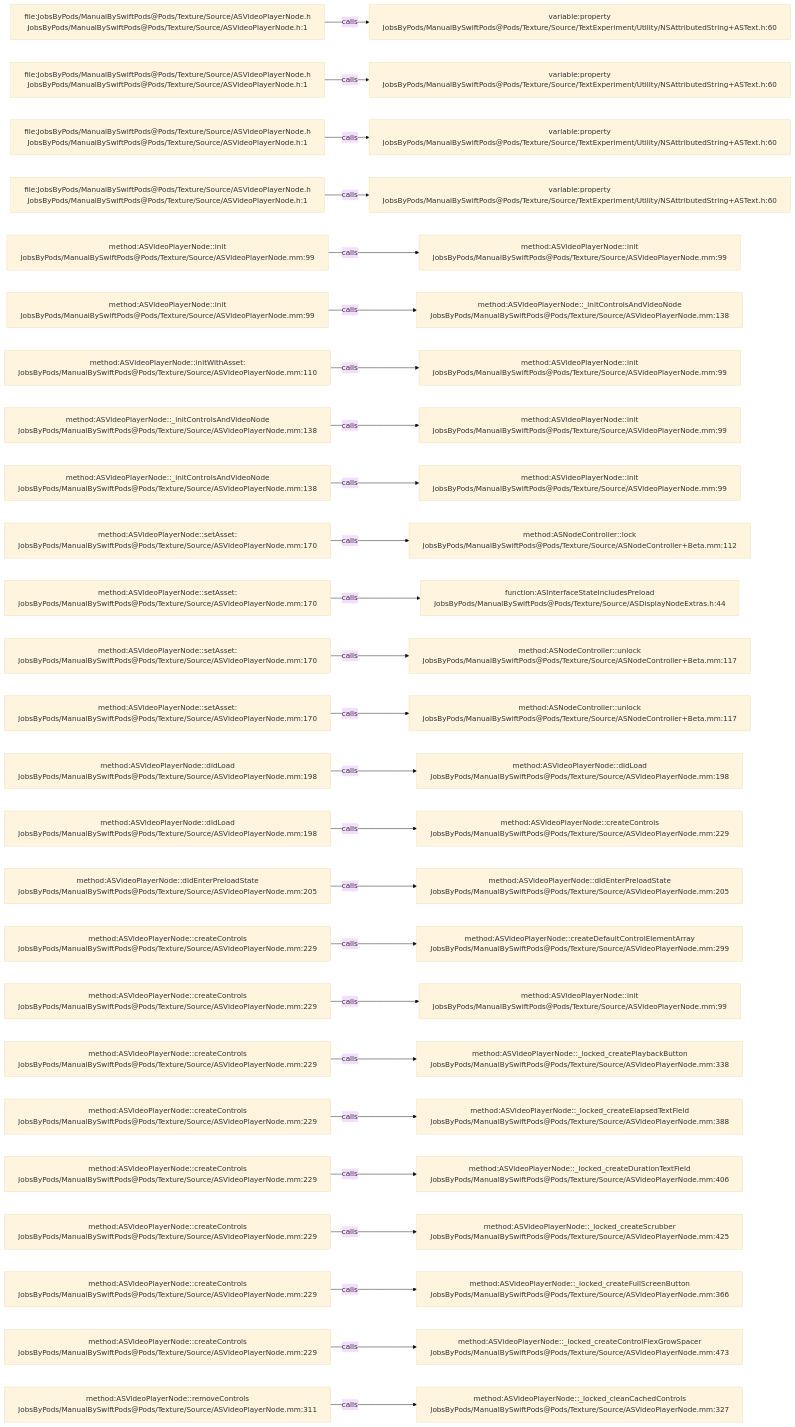
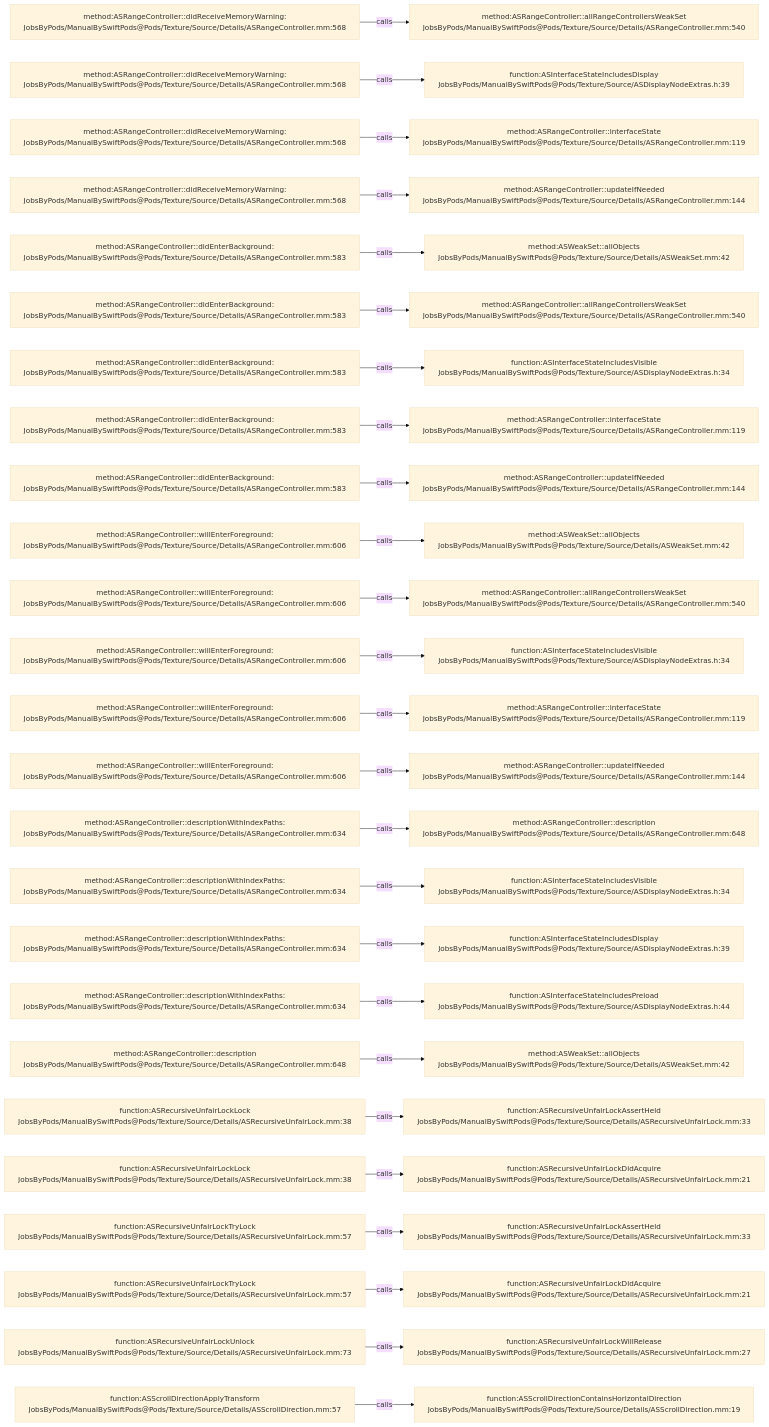
Before and after one commit to JobsKits/JobsSwiftBaseConfigDemo: the diagram in .codegraph/codegraph.md/graphs/calls-095.md, drawn with Mermaid (base theme). The commit also changed 832 other files, not shown here.

````diff
--- a/.codegraph/codegraph.md/graphs/calls-095.md
+++ b/.codegraph/codegraph.md/graphs/calls-095.md
@@ -13,78 +13,78 @@
 ```mermaid
 flowchart LR
-  S1["file:JobsByPods/ManualBySwiftPods@Pods/Texture/Source/ASVideoPlayerNode.h<br/>JobsByPods/ManualBySwiftPods@Pods/Texture/Source/ASVideoPlayerNode.h:1"]
-  T1["variable:property<br/>JobsByPods/ManualBySwiftPods@Pods/Texture/Source/TextExperiment/Utility/NSAttributedString+ASText.h:60"]
+  S1["method:ASRangeController::didReceiveMemoryWarning:<br/>JobsByPods/ManualBySwiftPods@Pods/Texture/Source/Details/ASRangeController.mm:568"]
+  T1["method:ASRangeController::allRangeControllersWeakSet<br/>JobsByPods/ManualBySwiftPods@Pods/Texture/Source/Details/ASRangeController.mm:540"]
   S1 -->|calls| T1
-  S2["file:JobsByPods/ManualBySwiftPods@Pods/Texture/Source/ASVideoPlayerNode.h<br/>JobsByPods/ManualBySwiftPods@Pods/Texture/Source/ASVideoPlayerNode.h:1"]
-  T2["variable:property<br/>JobsByPods/ManualBySwiftPods@Pods/Texture/Source/TextExperiment/Utility/NSAttributedString+ASText.h:60"]
+  S2["method:ASRangeController::didReceiveMemoryWarning:<br/>JobsByPods/ManualBySwiftPods@Pods/Texture/Source/Details/ASRangeController.mm:568"]
+  T2["function:ASInterfaceStateIncludesDisplay<br/>JobsByPods/ManualBySwiftPods@Pods/Texture/Source/ASDisplayNodeExtras.h:39"]
   S2 -->|calls| T2
-  S3["file:JobsByPods/ManualBySwiftPods@Pods/Texture/Source/ASVideoPlayerNode.h<br/>JobsByPods/ManualBySwiftPods@Pods/Texture/Source/ASVideoPlayerNode.h:1"]
-  T3["variable:property<br/>JobsByPods/ManualBySwiftPods@Pods/Texture/Source/TextExperiment/Utility/NSAttributedString+ASText.h:60"]
+  S3["method:ASRangeController::didReceiveMemoryWarning:<br/>JobsByPods/ManualBySwiftPods@Pods/Texture/Source/Details/ASRangeController.mm:568"]
+  T3["method:ASRangeController::interfaceState<br/>JobsByPods/ManualBySwiftPods@Pods/Texture/Source/Details/ASRangeController.mm:119"]
   S3 -->|calls| T3
-  S4["file:JobsByPods/ManualBySwiftPods@Pods/Texture/Source/ASVideoPlayerNode.h<br/>JobsByPods/ManualBySwiftPods@Pods/Texture/Source/ASVideoPlayerNode.h:1"]
-  T4["variable:property<br/>JobsByPods/ManualBySwiftPods@Pods/Texture/Source/TextExperiment/Utility/NSAttributedString+ASText.h:60"]
+  S4["method:ASRangeController::didReceiveMemoryWarning:<br/>JobsByPods/ManualBySwiftPods@Pods/Texture/Source/Details/ASRangeController.mm:568"]
+  T4["method:ASRangeController::updateIfNeeded<br/>JobsByPods/ManualBySwiftPods@Pods/Texture/Source/Details/ASRangeController.mm:144"]
   S4 -->|calls| T4
-  S5["method:ASVideoPlayerNode::init<br/>JobsByPods/ManualBySwiftPods@Pods/Texture/Source/ASVideoPlayerNode.mm:99"]
-  T5["method:ASVideoPlayerNode::init<br/>JobsByPods/ManualBySwiftPods@Pods/Texture/Source/ASVideoPlayerNode.mm:99"]
+  S5["method:ASRangeController::didEnterBackground:<br/>JobsByPods/ManualBySwiftPods@Pods/Texture/Source/Details/ASRangeController.mm:583"]
+  T5["method:ASWeakSet::allObjects<br/>JobsByPods/ManualBySwiftPods@Pods/Texture/Source/Details/ASWeakSet.mm:42"]
   S5 -->|calls| T5
-  S6["method:ASVideoPlayerNode::init<br/>JobsByPods/ManualBySwiftPods@Pods/Texture/Source/ASVideoPlayerNode.mm:99"]
-  T6["method:ASVideoPlayerNode::_initControlsAndVideoNode<br/>JobsByPods/ManualBySwiftPods@Pods/Texture/Source/ASVideoPlayerNode.mm:138"]
+  S6["method:ASRangeController::didEnterBackground:<br/>JobsByPods/ManualBySwiftPods@Pods/Texture/Source/Details/ASRangeController.mm:583"]
+  T6["method:ASRangeController::allRangeControllersWeakSet<br/>JobsByPods/ManualBySwiftPods@Pods/Texture/Source/Details/ASRangeController.mm:540"]
   S6 -->|calls| T6
-  S7["method:ASVideoPlayerNode::initWithAsset:<br/>JobsByPods/ManualBySwiftPods@Pods/Texture/Source/ASVideoPlayerNode.mm:110"]
-  T7["method:ASVideoPlayerNode::init<br/>JobsByPods/ManualBySwiftPods@Pods/Texture/Source/ASVideoPlayerNode.mm:99"]
+  S7["method:ASRangeController::didEnterBackground:<br/>JobsByPods/ManualBySwiftPods@Pods/Texture/Source/Details/ASRangeController.mm:583"]
+  T7["function:ASInterfaceStateIncludesVisible<br/>JobsByPods/ManualBySwiftPods@Pods/Texture/Source/ASDisplayNodeExtras.h:34"]
   S7 -->|calls| T7
-  S8["method:ASVideoPlayerNode::_initControlsAndVideoNode<br/>JobsByPods/ManualBySwiftPods@Pods/Texture/Source/ASVideoPlayerNode.mm:138"]
-  T8["method:ASVideoPlayerNode::init<br/>JobsByPods/ManualBySwiftPods@Pods/Texture/Source/ASVideoPlayerNode.mm:99"]
+  S8["method:ASRangeController::didEnterBackground:<br/>JobsByPods/ManualBySwiftPods@Pods/Texture/Source/Details/ASRangeController.mm:583"]
+  T8["method:ASRangeController::interfaceState<br/>JobsByPods/ManualBySwiftPods@Pods/Texture/Source/Details/ASRangeController.mm:119"]
   S8 -->|calls| T8
-  S9["method:ASVideoPlayerNode::_initControlsAndVideoNode<br/>JobsByPods/ManualBySwiftPods@Pods/Texture/Source/ASVideoPlayerNode.mm:138"]
-  T9["method:ASVideoPlayerNode::init<br/>JobsByPods/ManualBySwiftPods@Pods/Texture/Source/ASVideoPlayerNode.mm:99"]
+  S9["method:ASRangeController::didEnterBackground:<br/>JobsByPods/ManualBySwiftPods@Pods/Texture/Source/Details/ASRangeController.mm:583"]
+  T9["method:ASRangeController::updateIfNeeded<br/>JobsByPods/ManualBySwiftPods@Pods/Texture/Source/Details/ASRangeController.mm:144"]
   S9 -->|calls| T9
-  S10["method:ASVideoPlayerNode::setAsset:<br/>JobsByPods/ManualBySwiftPods@Pods/Texture/Source/ASVideoPlayerNode.mm:170"]
-  T10["method:ASNodeController::lock<br/>JobsByPods/ManualBySwiftPods@Pods/Texture/Source/ASNodeController+Beta.mm:112"]
+  S10["method:ASRangeController::willEnterForeground:<br/>JobsByPods/ManualBySwiftPods@Pods/Texture/Source/Details/ASRangeController.mm:606"]
+  T10["method:ASWeakSet::allObjects<br/>JobsByPods/ManualBySwiftPods@Pods/Texture/Source/Details/ASWeakSet.mm:42"]
   S10 -->|calls| T10
-  S11["method:ASVideoPlayerNode::setAsset:<br/>JobsByPods/ManualBySwiftPods@Pods/Texture/Source/ASVideoPlayerNode.mm:170"]
-  T11["function:ASInterfaceStateIncludesPreload<br/>JobsByPods/ManualBySwiftPods@Pods/Texture/Source/ASDisplayNodeExtras.h:44"]
+  S11["method:ASRangeController::willEnterForeground:<br/>JobsByPods/ManualBySwiftPods@Pods/Texture/Source/Details/ASRangeController.mm:606"]
+  T11["method:ASRangeController::allRangeControllersWeakSet<br/>JobsByPods/ManualBySwiftPods@Pods/Texture/Source/Details/ASRangeController.mm:540"]
   S11 -->|calls| T11
-  S12["method:ASVideoPlayerNode::setAsset:<br/>JobsByPods/ManualBySwiftPods@Pods/Texture/Source/ASVideoPlayerNode.mm:170"]
-  T12["method:ASNodeController::unlock<br/>JobsByPods/ManualBySwiftPods@Pods/Texture/Source/ASNodeController+Beta.mm:117"]
+  S12["method:ASRangeController::willEnterForeground:<br/>JobsByPods/ManualBySwiftPods@Pods/Texture/Source/Details/ASRangeController.mm:606"]
+  T12["function:ASInterfaceStateIncludesVisible<br/>JobsByPods/ManualBySwiftPods@Pods/Texture/Source/ASDisplayNodeExtras.h:34"]
   S12 -->|calls| T12
-  S13["method:ASVideoPlayerNode::setAsset:<br/>JobsByPods/ManualBySwiftPods@Pods/Texture/Source/ASVideoPlayerNode.mm:170"]
-  T13["method:ASNodeController::unlock<br/>JobsByPods/ManualBySwiftPods@Pods/Texture/Source/ASNodeController+Beta.mm:117"]
+  S13["method:ASRangeController::willEnterForeground:<br/>JobsByPods/ManualBySwiftPods@Pods/Texture/Source/Details/ASRangeController.mm:606"]
+  T13["method:ASRangeController::interfaceState<br/>JobsByPods/ManualBySwiftPods@Pods/Texture/Source/Details/ASRangeController.mm:119"]
   S13 -->|calls| T13
-  S14["method:ASVideoPlayerNode::didLoad<br/>JobsByPods/ManualBySwiftPods@Pods/Texture/Source/ASVideoPlayerNode.mm:198"]
-  T14["method:ASVideoPlayerNode::didLoad<br/>JobsByPods/ManualBySwiftPods@Pods/Texture/Source/ASVideoPlayerNode.mm:198"]
+  S14["method:ASRangeController::willEnterForeground:<br/>JobsByPods/ManualBySwiftPods@Pods/Texture/Source/Details/ASRangeController.mm:606"]
+  T14["method:ASRangeController::updateIfNeeded<br/>JobsByPods/ManualBySwiftPods@Pods/Texture/Source/Details/ASRangeController.mm:144"]
   S14 -->|calls| T14
-  S15["method:ASVideoPlayerNode::didLoad<br/>JobsByPods/ManualBySwiftPods@Pods/Texture/Source/ASVideoPlayerNode.mm:198"]
-  T15["method:ASVideoPlayerNode::createControls<br/>JobsByPods/ManualBySwiftPods@Pods/Texture/Source/ASVideoPlayerNode.mm:229"]
+  S15["method:ASRangeController::descriptionWithIndexPaths:<br/>JobsByPods/ManualBySwiftPods@Pods/Texture/Source/Details/ASRangeController.mm:634"]
+  T15["method:ASRangeController::description<br/>JobsByPods/ManualBySwiftPods@Pods/Texture/Source/Details/ASRangeController.mm:648"]
   S15 -->|calls| T15
-  S16["method:ASVideoPlayerNode::didEnterPreloadState<br/>JobsByPods/ManualBySwiftPods@Pods/Texture/Source/ASVideoPlayerNode.mm:205"]
-  T16["method:ASVideoPlayerNode::didEnterPreloadState<br/>JobsByPods/ManualBySwiftPods@Pods/Texture/Source/ASVideoPlayerNode.mm:205"]
+  S16["method:ASRangeController::descriptionWithIndexPaths:<br/>JobsByPods/ManualBySwiftPods@Pods/Texture/Source/Details/ASRangeController.mm:634"]
+  T16["function:ASInterfaceStateIncludesVisible<br/>JobsByPods/ManualBySwiftPods@Pods/Texture/Source/ASDisplayNodeExtras.h:34"]
   S16 -->|calls| T16
-  S17["method:ASVideoPlayerNode::createControls<br/>JobsByPods/ManualBySwiftPods@Pods/Texture/Source/ASVideoPlayerNode.mm:229"]
-  T17["method:ASVideoPlayerNode::createDefaultControlElementArray<br/>JobsByPods/ManualBySwiftPods@Pods/Texture/Source/ASVideoPlayerNode.mm:299"]
+  S17["method:ASRangeController::descriptionWithIndexPaths:<br/>JobsByPods/ManualBySwiftPods@Pods/Texture/Source/Details/ASRangeController.mm:634"]
+  T17["function:ASInterfaceStateIncludesDisplay<br/>JobsByPods/ManualBySwiftPods@Pods/Texture/Source/ASDisplayNodeExtras.h:39"]
   S17 -->|calls| T17
-  S18["method:ASVideoPlayerNode::createControls<br/>JobsByPods/ManualBySwiftPods@Pods/Texture/Source/ASVideoPlayerNode.mm:229"]
-  T18["method:ASVideoPlayerNode::init<br/>JobsByPods/ManualBySwiftPods@Pods/Texture/Source/ASVideoPlayerNode.mm:99"]
+  S18["method:ASRangeController::descriptionWithIndexPaths:<br/>JobsByPods/ManualBySwiftPods@Pods/Texture/Source/Details/ASRangeController.mm:634"]
+  T18["function:ASInterfaceStateIncludesPreload<br/>JobsByPods/ManualBySwiftPods@Pods/Texture/Source/ASDisplayNodeExtras.h:44"]
   S18 -->|calls| T18
-  S19["method:ASVideoPlayerNode::createControls<br/>JobsByPods/ManualBySwiftPods@Pods/Texture/Source/ASVideoPlayerNode.mm:229"]
-  T19["method:ASVideoPlayerNode::_locked_createPlaybackButton<br/>JobsByPods/ManualBySwiftPods@Pods/Texture/Source/ASVideoPlayerNode.mm:338"]
+  S19["method:ASRangeController::description<br/>JobsByPods/ManualBySwiftPods@Pods/Texture/Source/Details/ASRangeController.mm:648"]
+  T19["method:ASWeakSet::allObjects<br/>JobsByPods/ManualBySwiftPods@Pods/Texture/Source/Details/ASWeakSet.mm:42"]
   S19 -->|calls| T19
-  S20["method:ASVideoPlayerNode::createControls<br/>JobsByPods/ManualBySwiftPods@Pods/Texture/Source/ASVideoPlayerNode.mm:229"]
-  T20["method:ASVideoPlayerNode::_locked_createElapsedTextField<br/>JobsByPods/ManualBySwiftPods@Pods/Texture/Source/ASVideoPlayerNode.mm:388"]
+  S20["function:ASRecursiveUnfairLockLock<br/>JobsByPods/ManualBySwiftPods@Pods/Texture/Source/Details/ASRecursiveUnfairLock.mm:38"]
+  T20["function:ASRecursiveUnfairLockAssertHeld<br/>JobsByPods/ManualBySwiftPods@Pods/Texture/Source/Details/ASRecursiveUnfairLock.mm:33"]
   S20 -->|calls| T20
-  S21["method:ASVideoPlayerNode::createControls<br/>JobsByPods/ManualBySwiftPods@Pods/Texture/Source/ASVideoPlayerNode.mm:229"]
-  T21["method:ASVideoPlayerNode::_locked_createDurationTextField<br/>JobsByPods/ManualBySwiftPods@Pods/Texture/Source/ASVideoPlayerNode.mm:406"]
+  S21["function:ASRecursiveUnfairLockLock<br/>JobsByPods/ManualBySwiftPods@Pods/Texture/Source/Details/ASRecursiveUnfairLock.mm:38"]
+  T21["function:ASRecursiveUnfairLockDidAcquire<br/>JobsByPods/ManualBySwiftPods@Pods/Texture/Source/Details/ASRecursiveUnfairLock.mm:21"]
   S21 -->|calls| T21
-  S22["method:ASVideoPlayerNode::createControls<br/>JobsByPods/ManualBySwiftPods@Pods/Texture/Source/ASVideoPlayerNode.mm:229"]
-  T22["method:ASVideoPlayerNode::_locked_createScrubber<br/>JobsByPods/ManualBySwiftPods@Pods/Texture/Source/ASVideoPlayerNode.mm:425"]
+  S22["function:ASRecursiveUnfairLockTryLock<br/>JobsByPods/ManualBySwiftPods@Pods/Texture/Source/Details/ASRecursiveUnfairLock.mm:57"]
+  T22["function:ASRecursiveUnfairLockAssertHeld<br/>JobsByPods/ManualBySwiftPods@Pods/Texture/Source/Details/ASRecursiveUnfairLock.mm:33"]
   S22 -->|calls| T22
-  S23["method:ASVideoPlayerNode::createControls<br/>JobsByPods/ManualBySwiftPods@Pods/Texture/Source/ASVideoPlayerNode.mm:229"]
-  T23["method:ASVideoPlayerNode::_locked_createFullScreenButton<br/>JobsByPods/ManualBySwiftPods@Pods/Texture/Source/ASVideoPlayerNode.mm:366"]
+  S23["function:ASRecursiveUnfairLockTryLock<br/>JobsByPods/ManualBySwiftPods@Pods/Texture/Source/Details/ASRecursiveUnfairLock.mm:57"]
+  T23["function:ASRecursiveUnfairLockDidAcquire<br/>JobsByPods/ManualBySwiftPods@Pods/Texture/Source/Details/ASRecursiveUnfairLock.mm:21"]
   S23 -->|calls| T23
-  S24["method:ASVideoPlayerNode::createControls<br/>JobsByPods/ManualBySwiftPods@Pods/Texture/Source/ASVideoPlayerNode.mm:229"]
-  T24["method:ASVideoPlayerNode::_locked_createControlFlexGrowSpacer<br/>JobsByPods/ManualBySwiftPods@Pods/Texture/Source/ASVideoPlayerNode.mm:473"]
+  S24["function:ASRecursiveUnfairLockUnlock<br/>JobsByPods/ManualBySwiftPods@Pods/Texture/Source/Details/ASRecursiveUnfairLock.mm:73"]
+  T24["function:ASRecursiveUnfairLockWillRelease<br/>JobsByPods/ManualBySwiftPods@Pods/Texture/Source/Details/ASRecursiveUnfairLock.mm:27"]
   S24 -->|calls| T24
-  S25["method:ASVideoPlayerNode::removeControls<br/>JobsByPods/ManualBySwiftPods@Pods/Texture/Source/ASVideoPlayerNode.mm:311"]
-  T25["method:ASVideoPlayerNode::_locked_cleanCachedControls<br/>JobsByPods/ManualBySwiftPods@Pods/Texture/Source/ASVideoPlayerNode.mm:327"]
+  S25["function:ASScrollDirectionApplyTransform<br/>JobsByPods/ManualBySwiftPods@Pods/Texture/Source/Details/ASScrollDirection.mm:57"]
+  T25["function:ASScrollDirectionContainsHorizontalDirection<br/>JobsByPods/ManualBySwiftPods@Pods/Texture/Source/Details/ASScrollDirection.mm:19"]
   S25 -->|calls| T25
 ```
````
